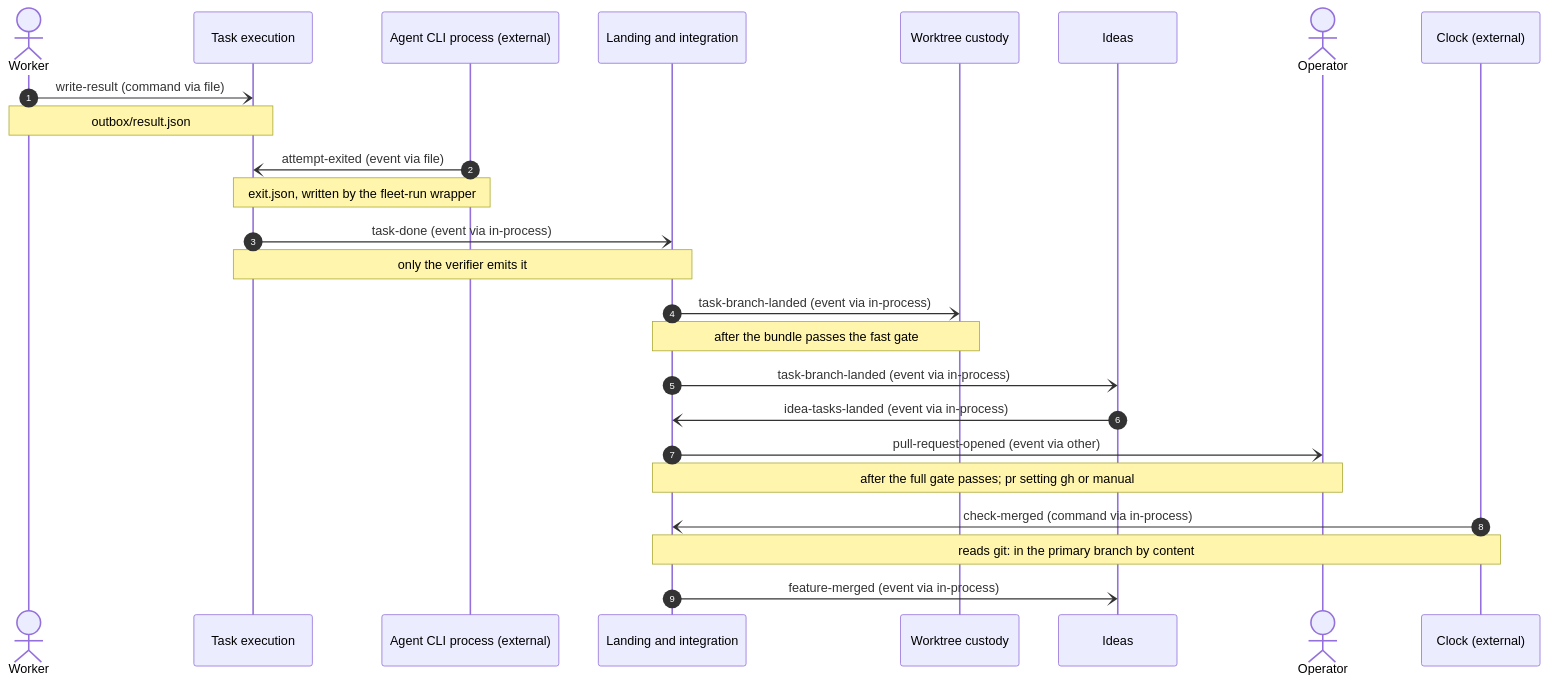
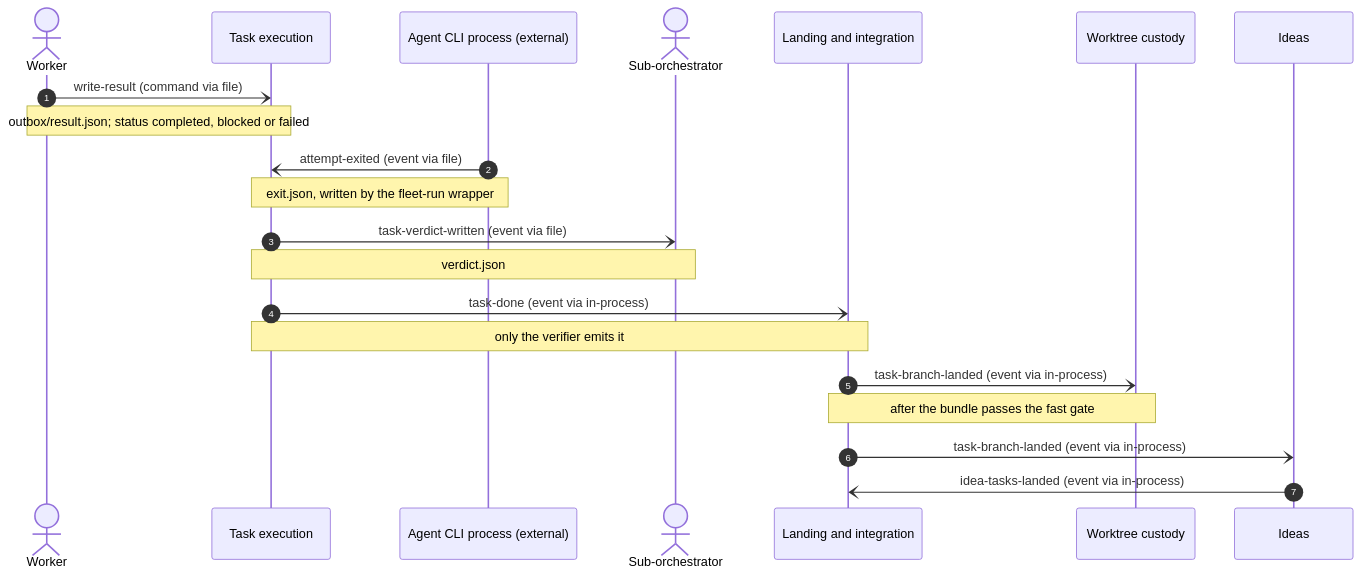
One commit to MattMakes/multi-herdr changed the third of 9 diagrams in ddd/05-connect/message-flows.md. Above: the diagram before and after it, drawn with Mermaid. The commit also changed other lines of this file and 30 other files, not shown here.

````diff
--- a/ddd/05-connect/message-flows.md
+++ b/ddd/05-connect/message-flows.md
@@ -128,27 +118,23 @@
 ```mermaid
 sequenceDiagram
   autonumber
   actor worker as Worker
   participant task_execution as Task execution
   participant agent_cli as Agent CLI process (external)
+  actor sub_orchestrator as Sub-orchestrator
   participant integration as Landing and integration
   participant worktree_custody as Worktree custody
   participant ideas as Ideas
-  actor operator as Operator
-  participant clock as Clock (external)
   worker-)task_execution: write-result (command via file)
-  Note over worker,task_execution: outbox/result.json
+  Note over worker,task_execution: outbox/result.json#59; status completed, blocked or failed
   agent_cli-)task_execution: attempt-exited (event via file)
   Note over agent_cli,task_execution: exit.json, written by the fleet-run wrapper
+  task_execution-)sub_orchestrator: task-verdict-written (event via file)
+  Note over task_execution,sub_orchestrator: verdict.json
   task_execution-)integration: task-done (event via in-process)
   Note over task_execution,integration: only the verifier emits it
   integration-)worktree_custody: task-branch-landed (event via in-process)
   Note over integration,worktree_custody: after the bundle passes the fast gate
   integration-)ideas: task-branch-landed (event via in-process)
   ideas-)integration: idea-tasks-landed (event via in-process)
-  integration-)operator: pull-request-opened (event via other)
-  Note over integration,operator: after the full gate passes#59; pr setting gh or manual
-  clock-)integration: check-merged (command via in-process)
-  Note over clock,integration: reads git: in the primary branch by content
-  integration-)ideas: feature-merged (event via in-process)
 ```
````
